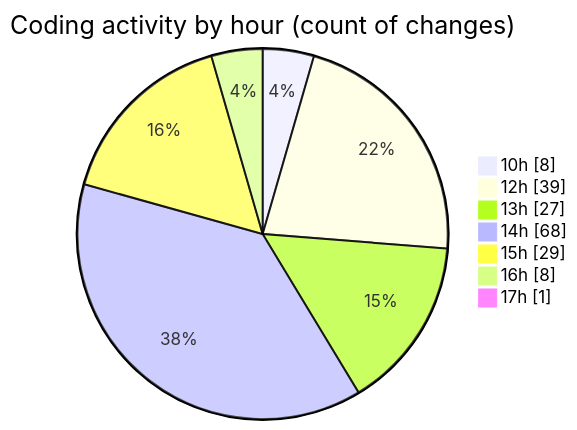
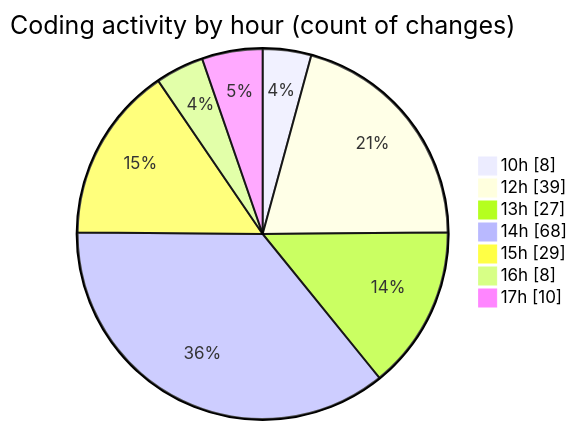
Before and after one commit to momahboobian/code-tracking: the second of 2 diagrams in 2025-05-02/cda/README.md, drawn with Mermaid. The commit also changed other lines of this file and 1 other file, not shown here.

````diff
--- a/2025-05-02/cda/README.md
+++ b/2025-05-02/cda/README.md
@@ -49,11 +50,11 @@
 ```mermaid
 pie showData
 title Coding activity by hour (count of changes)
 "10h" : 8
 "12h" : 39
 "13h" : 27
 "14h" : 68
 "15h" : 29
 "16h" : 8
-"17h" : 1
+"17h" : 10
 ```
````
